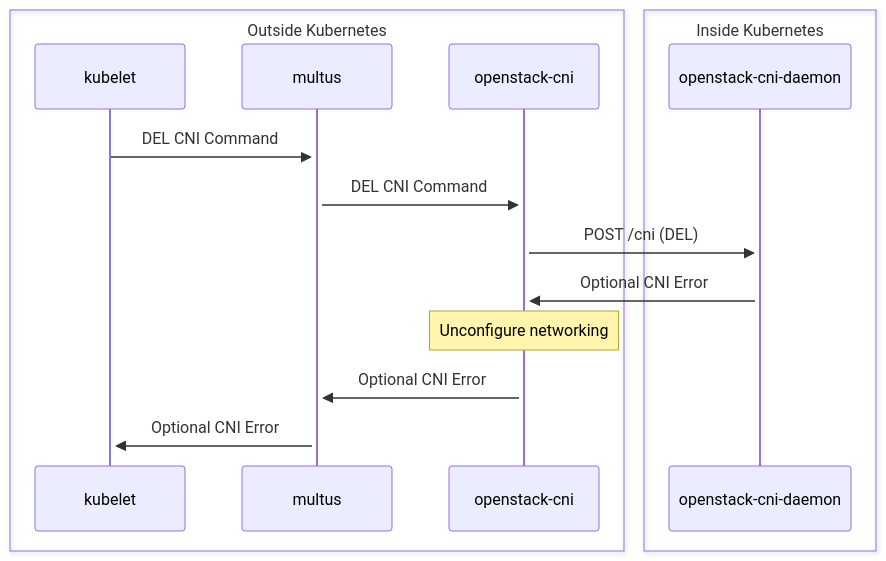
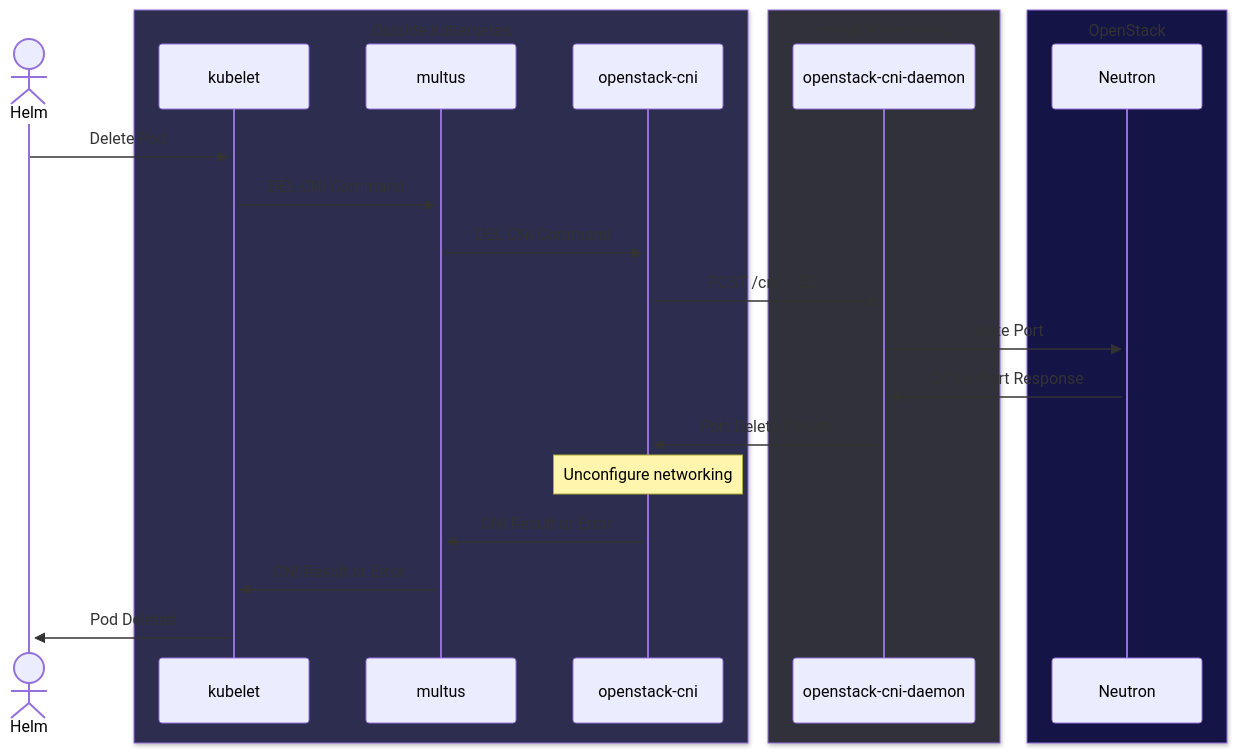
One commit to jrboelens/openstack-cni changed the second of 2 diagrams in docs/diagrams.md. Above: the diagram before and after it, drawn with Mermaid. The commit also changed other lines of this file and 3 other files, not shown here.

First line of the commit message:
Chart updates (#9)

````diff
--- a/docs/diagrams.md
+++ b/docs/diagrams.md
@@ -27,18 +34,26 @@
 ```mermaid
 sequenceDiagram
-    box Outside Kubernetes
+    actor Helm
+    box rgb(45, 45, 80) Outside Kubernetes
     participant kubelet
     participant multus
     participant openstack-cni
     end
-    box Inside Kubernetes
+    box rgb(49, 49, 60) Inside Kubernetes
     participant openstack-cni-daemon
     end
+    box rgb(20, 20, 70) OpenStack
+    participant Neutron
+    end
+    Helm->>+kubelet: Delete Pod
     kubelet->>+multus: DEL CNI Command
     multus->>+openstack-cni: DEL CNI Command
     openstack-cni->>+openstack-cni-daemon: POST /cni (DEL)
-    openstack-cni-daemon->>+openstack-cni: Optional CNI Error
+    openstack-cni-daemon->>+Neutron: Delete Port
+    Neutron->>+openstack-cni-daemon: Delete Port Response
+    openstack-cni-daemon->>+openstack-cni: Port Delete Results
     Note over openstack-cni: Unconfigure networking
-    openstack-cni->>+multus: Optional CNI Error
-    multus->>+kubelet: Optional CNI Error
+    openstack-cni->>+multus: CNI Result or Error
+    multus->>+kubelet: CNI Result or Error
+    kubelet->>+Helm: Pod Deleted
 ```
````
